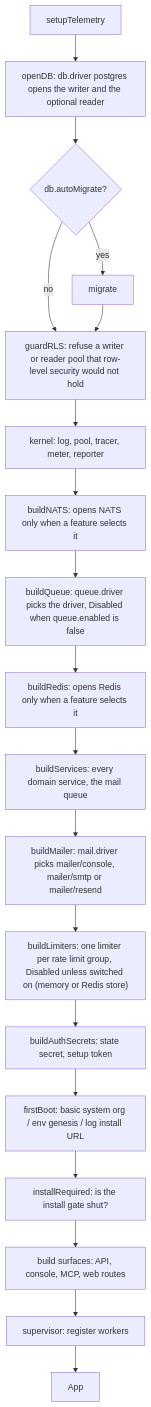
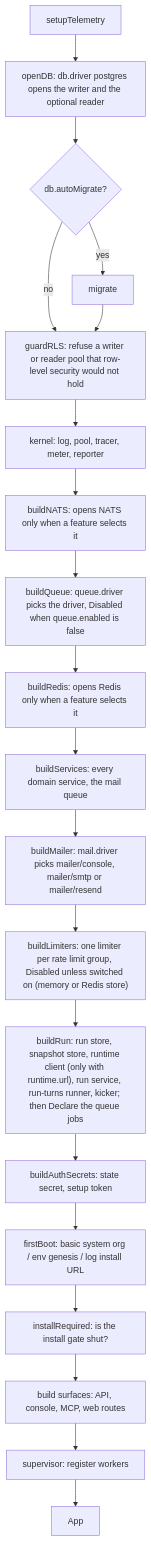
The first of 3 diagrams in internal/boot/README.md (altalune-id/oagent), drawn with Mermaid before and after one commit. The commit also changed other lines of this file and 199 other files, not shown here.

First line of the commit message:
feat: add the run core and agent runtime (#66)

````diff
--- a/internal/boot/README.md
+++ b/internal/boot/README.md
@@ -14,21 +14,22 @@
 ```mermaid
 flowchart TD
     A[setupTelemetry] --> B["openDB: db.driver postgres opens the writer and the optional reader"]
     B --> C{db.autoMigrate?}
     C -- yes --> D[migrate]
     C -- no --> GR
     D --> GR["guardRLS: refuse a writer or reader pool that row-level security would not hold"]
     GR --> E[kernel: log, pool, tracer, meter, reporter]
     E --> NA["buildNATS: opens NATS only when a feature selects it"]
     NA --> Q["buildQueue: queue.driver picks the driver, Disabled when queue.enabled is false"]
     Q --> RD["buildRedis: opens Redis only when a feature selects it"]
     RD --> F[buildServices: every domain service, the mail queue]
     F --> M[buildMailer: mail.driver picks mailer/console, mailer/smtp or mailer/resend]
     M --> R["buildLimiters: one limiter per rate limit group, Disabled unless switched on (memory or Redis store)"]
-    R --> G[buildAuthSecrets: state secret, setup token]
+    R --> RN["buildRun: run store, snapshot store, runtime client (only with runtime.url), run service, run-turns runner, kicker; then Declare the queue jobs"]
+    RN --> G[buildAuthSecrets: state secret, setup token]
     G --> H[firstBoot: basic system org / env genesis / log install URL]
     H --> I[installRequired: is the install gate shut?]
     I --> J[build surfaces: API, console, MCP, web routes]
     J --> K[supervisor: register workers]
     K --> L[App]
 ```
````
